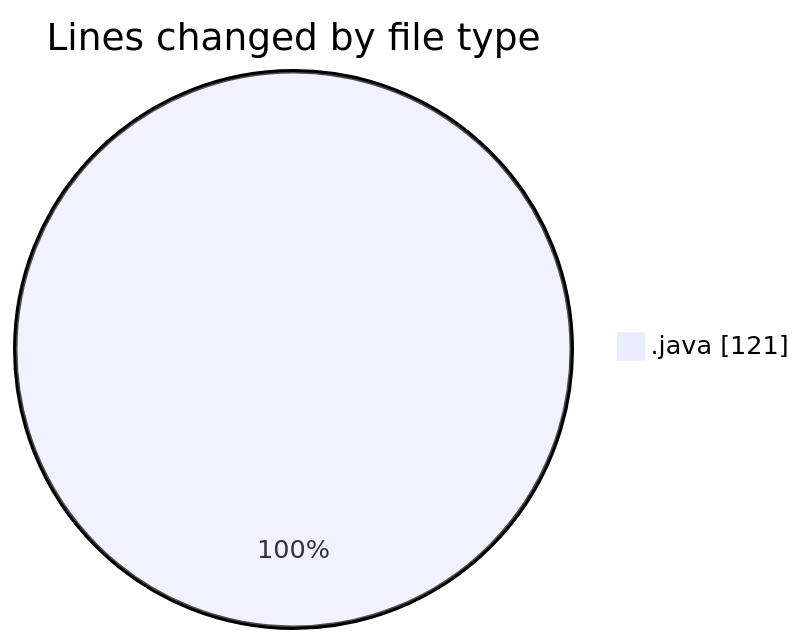
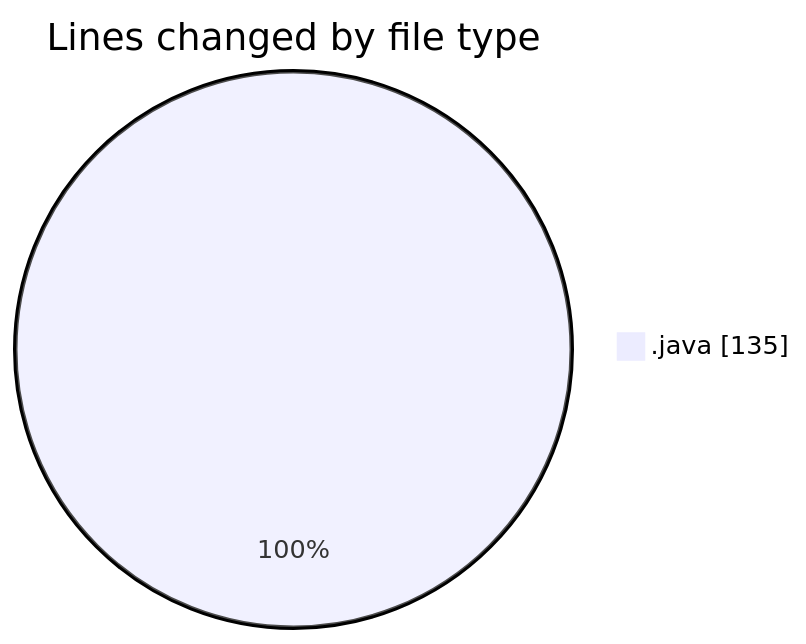
Before and after one commit to ricardozamudiocil/code-tracking: the first of 2 diagrams in 2026-03-01/cilwebcustomercomunication/README.md, drawn with Mermaid. The commit also changed other lines of this file and 1 other file, not shown here.

````diff
--- a/2026-03-01/cilwebcustomercomunication/README.md
+++ b/2026-03-01/cilwebcustomercomunication/README.md
@@ -20,5 +20,5 @@
 ```mermaid
 pie showData
 title Lines changed by file type
-".java" : 121
+".java" : 135
 ```
````
